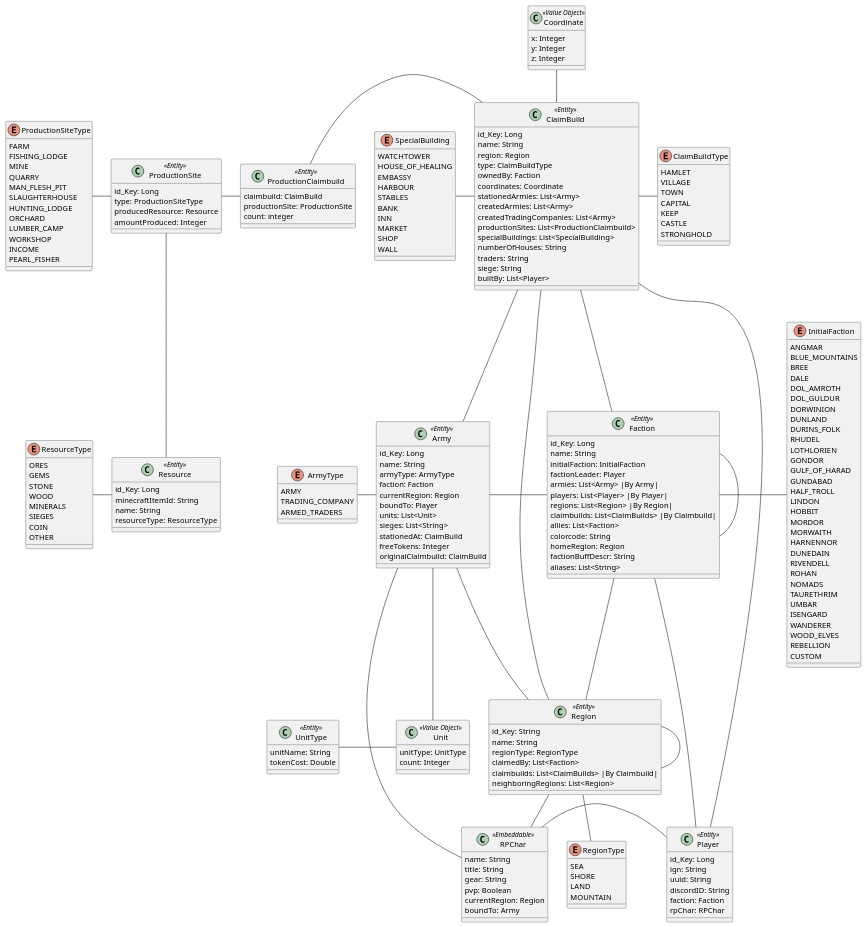
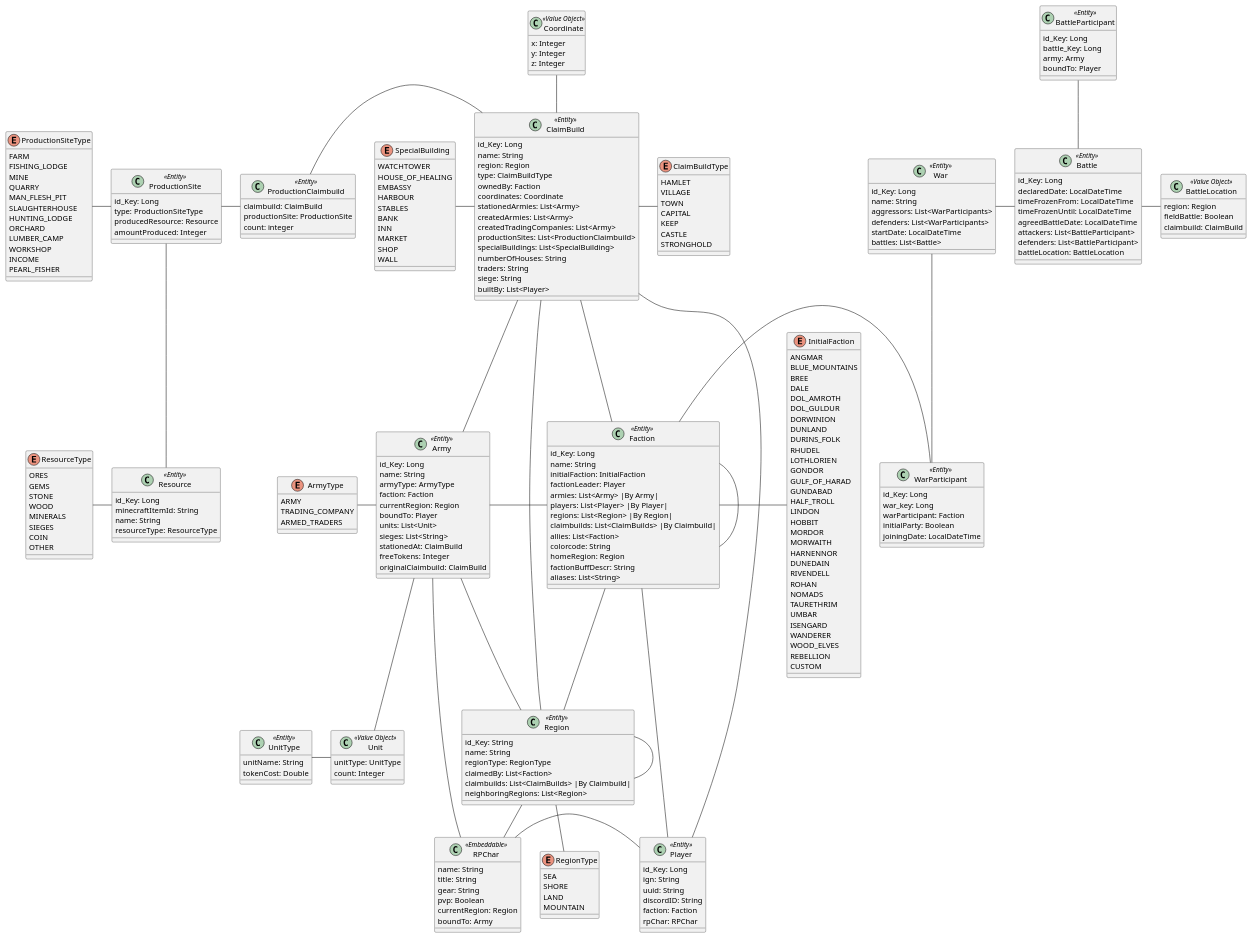
Before and after one commit to Team-KekX/Ardas-Legends-App: the diagram in src/main/puml/ArdasLegendsDomain.puml, drawn with PlantUML.

Commit message:
Preliminary War UML modelling

```diff
--- a/src/main/puml/ArdasLegendsDomain.puml
+++ b/src/main/puml/ArdasLegendsDomain.puml
@@ -1,4 +1,46 @@
 @startuml
+
+class War <<Entity>> {
+    id_Key: Long
+    name: String
+    aggressors: List<WarParticipants>
+    defenders: List<WarParticipants>
+    startDate: LocalDateTime
+    battles: List<Battle>
+}
+
+class WarParticipant <<Entity>> {
+    id_Key: Long
+    war_key: Long
+    warParticipant: Faction
+    initialParty: Boolean
+    joiningDate: LocalDateTime
+}
+
+class Battle <<Entity>> {
+    id_Key: Long
+    declaredDate: LocalDateTime
+    timeFrozenFrom: LocalDateTime
+    timeFrozenUntil: LocalDateTime
+    agreedBattleDate: LocalDateTime
+    attackers: List<BattleParticipant>
+    defenders: List<BattleParticipant>
+    battleLocation: BattleLocation
+}
+
+class BattleParticipant <<Entity>> {
+    id_Key: Long
+    battle_Key: Long
+    army: Army
+    boundTo: Player
+}
+
+class BattleLocation <<Value Object>> {
+    region: Region
+    fieldBattle: Boolean
+    claimbuild: ClaimBuild
+}
+
 class Region <<Entity>> {
     id_Key: String
     name: String
@@ -214,11 +256,16 @@
 
 Faction -down- Region
 Faction -right Player
-Faction -right- InitialFaction
 Faction -left Army
 Faction -up- ClaimBuild
 Faction - Faction
+Faction -right- WarParticipant
+Faction -right- InitialFaction
 
+WarParticipant -up- War
+War -right- Battle
+Battle -right- BattleLocation
+Battle -up- BattleParticipant
 ClaimBuild - Player
 ClaimBuild -right- ClaimBuildType
 ClaimBuild -up- Coordinate
```
